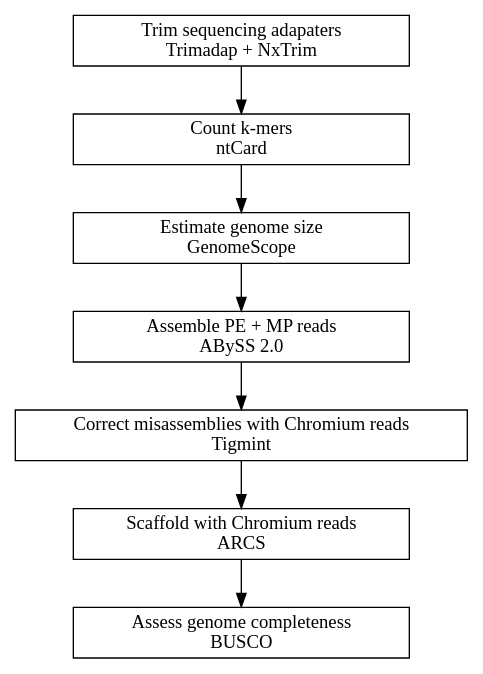
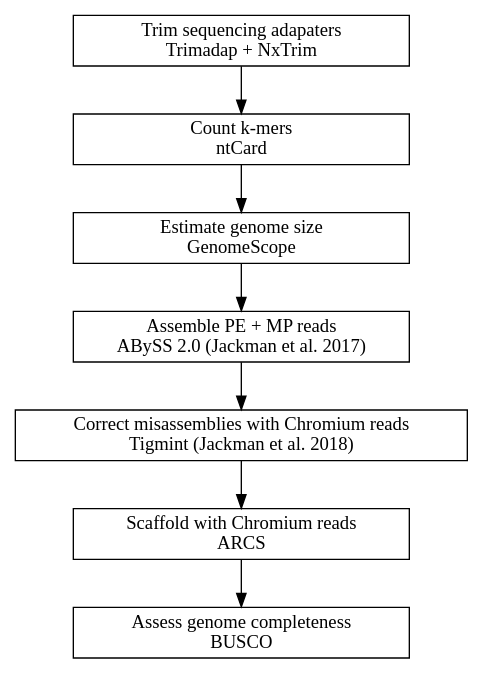
The diagram in images/redcedar-flowchart.gv (sjackman/thesis-committee), drawn with Graphviz before and after one commit.

Commit message:
images/redcedar-flowchart.gv: Add authorship

```diff
--- a/images/redcedar-flowchart.gv
+++ b/images/redcedar-flowchart.gv
@@ -1,13 +1,13 @@
 digraph {
 node [shape="rectangle" width="3.5in"]
 
 trim [label="Trim sequencing adapaters\nTrimadap + NxTrim"]
 ntcard [label="Count k-mers\nntCard"]
 genomescope [label="Estimate genome size\nGenomeScope"]
-abyss [label="Assemble PE + MP reads\nABySS 2.0"]
-tigmint [label="Correct misassemblies with Chromium reads\nTigmint"]
+abyss [label="Assemble PE + MP reads\nABySS 2.0 (Jackman et al. 2017)"]
+tigmint [label="Correct misassemblies with Chromium reads\nTigmint (Jackman et al. 2018)"]
 arcs [label="Scaffold with Chromium reads\nARCS"]
 busco [label="Assess genome completeness\nBUSCO"]
 
 trim -> ntcard -> genomescope -> abyss -> tigmint -> arcs -> busco
 }
```
